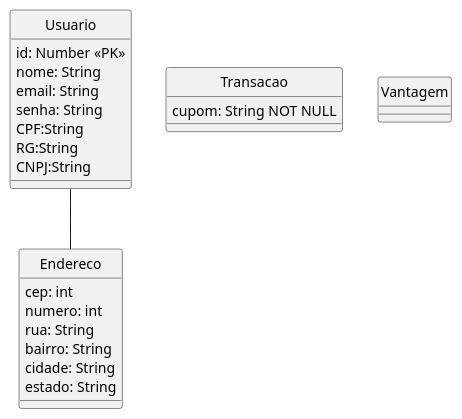
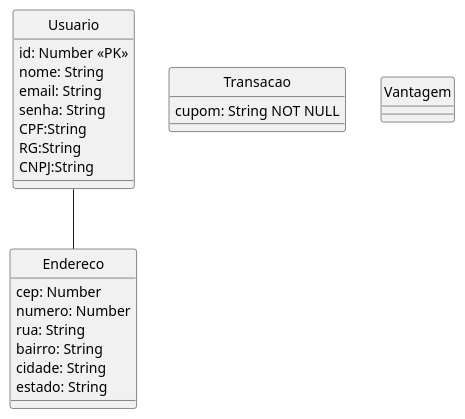
Before and after one commit to G4BR-13-L/lab-desenvolvimento-de-software: the diagram in laboratorio-3/sprint-2/projeto/plantuml/DER.plantuml, drawn with PlantUML. The commit also changed 2 other files, not shown here.

```diff
--- a/laboratorio-3/sprint-2/projeto/plantuml/DER.plantuml
+++ b/laboratorio-3/sprint-2/projeto/plantuml/DER.plantuml
@@ -1,48 +1,48 @@
 @startuml DER
 
 skinparam classAttributeIconSize 0
 hide circle
 
 'Usuario
 'Carteira
 'Transacao
 'Vantagem
 entity Usuario{
     id: Number <<PK>>
     nome: String
     email: String
     senha: String
     CPF:String
     RG:String
     CNPJ:String
 }
 
 entity Endereco{
-    cep: int
-    numero: int
+    cep: Number
+    numero: Number
     rua: String
     bairro: String
     cidade: String
     estado: String
 }
 
 entity Transacao{
     cupom: String NOT NULL
 }
 
 entity Vantagem{
 
 }
 
 '--------------------------------------
 'RELACIONAMENTOS
 '--------------------------------------
 
 Usuario -- Endereco
 
 
 'Entity01|..|| Entity02
 'Entity03 }o..o| Entity04
 'Entity05 ||--o{Entity06
 'Entity07 |o--|| Entity08
 @enduml
```
